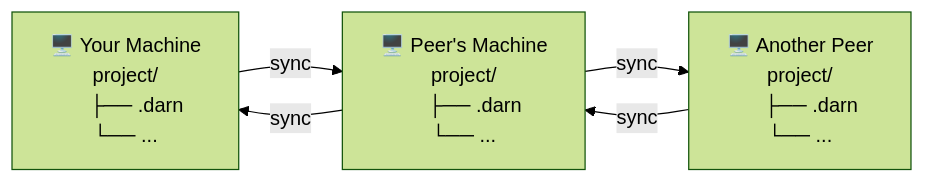
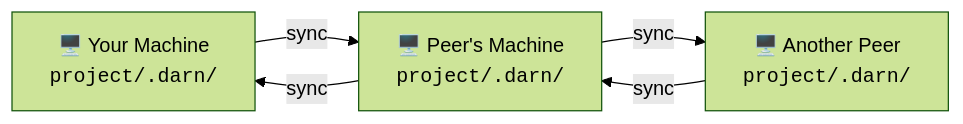
The diagram in README.md (inkandswitch/darn), drawn with Mermaid (forest theme) before and after one commit. The commit also changed other lines of this file and 2 other files, not shown here.

````diff
--- a/README.md
+++ b/README.md
@@ -11,11 +11,11 @@
 ```mermaid
 graph LR
-    A["🖥️ Your Machine<br/>project/<br/>&nbsp;&nbsp;&nbsp;&nbsp;├── .darn<br/>└── ..."]
-    B["🖥️ Peer's Machine<br/>project/<br/>&nbsp;&nbsp;&nbsp;&nbsp;├── .darn<br/>└── ..."]
-    C["🖥️ Another Peer<br/>project/<br/>&nbsp;&nbsp;&nbsp;&nbsp;├── .darn<br/>└── ..."]
+    A["🖥️ Your Machine<br/><code>project/.darn/</code>"]
+    B["🖥️ Peer's Machine<br/><code>project/.darn/</code>"]
+    C["🖥️ Another Peer<br/><code>project/.darn/</code>"]
 
     A -- sync --> B
     B -- sync --> A
     B -- sync --> C
     C -- sync --> B
 ```
````
